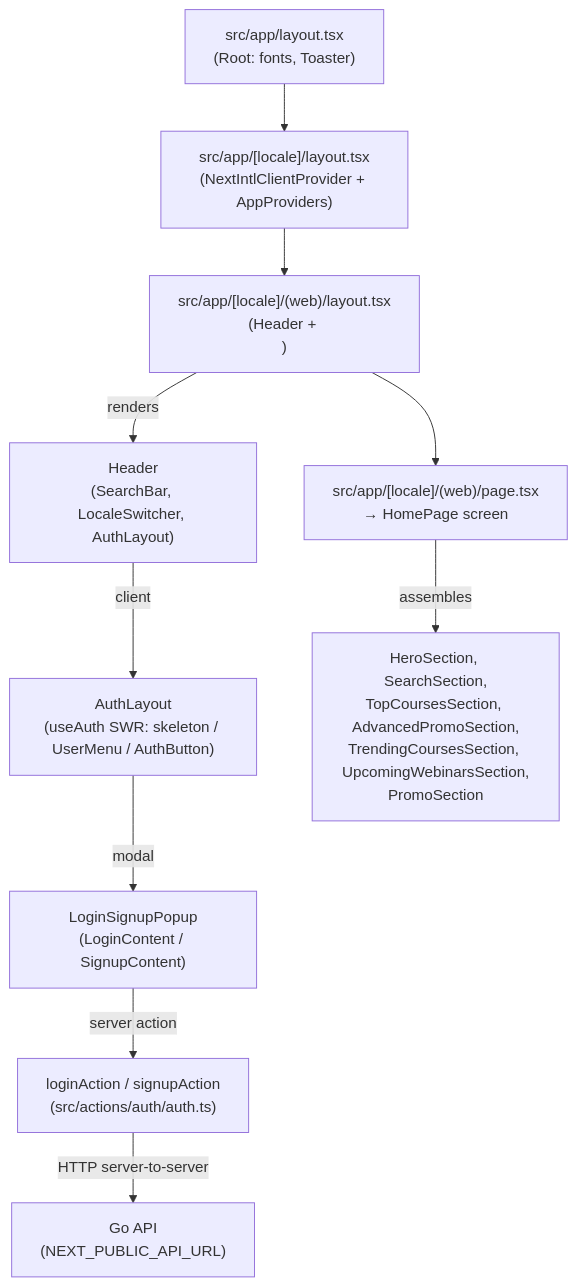
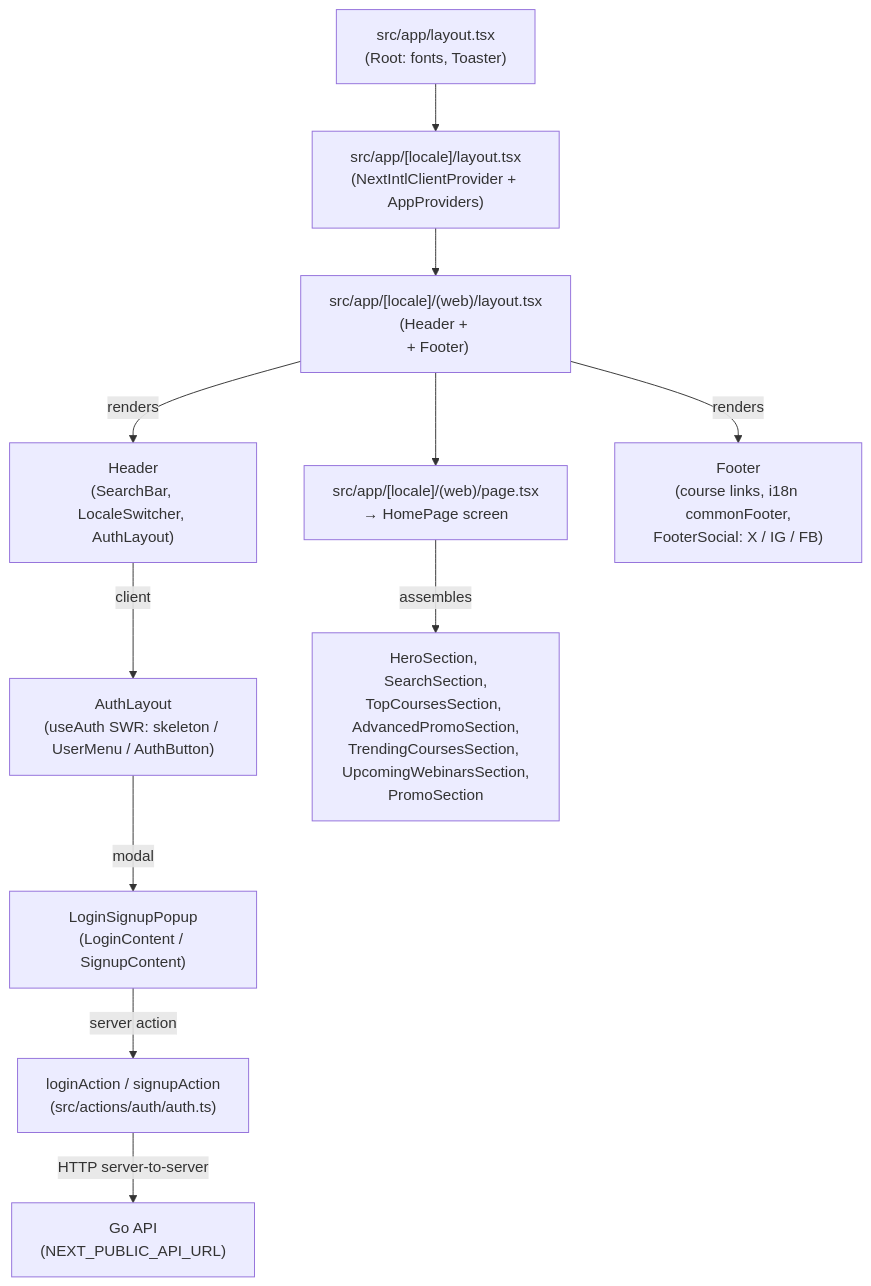
Before and after one commit to lkienkle11/fe-mycourse: the diagram in docs/architecture.md, drawn with Mermaid. The commit also changed other lines of this file and 4 other files, not shown here.

````diff
--- a/docs/architecture.md
+++ b/docs/architecture.md
@@ -59,17 +59,18 @@
 ```mermaid
 flowchart TB
   RL["src/app/layout.tsx\n(Root: fonts, Toaster)"]
   LL["src/app/[locale]/layout.tsx\n(NextIntlClientProvider + AppProviders)"]
-  WL["src/app/[locale]/(web)/layout.tsx\n(Header + <main>)"]
+  WL["src/app/[locale]/(web)/layout.tsx\n(Header + <main> + Footer)"]
   HP["src/app/[locale]/(web)/page.tsx\n→ HomePage screen"]
 
   RL --> LL --> WL --> HP
 
   WL -->|renders| Header["Header\n(SearchBar, LocaleSwitcher, AuthLayout)"]
+  WL -->|renders| Footer["Footer\n(course links, i18n commonFooter,\nFooterSocial: X / IG / FB)"]
   Header -->|client| AuthLayout["AuthLayout\n(useAuth SWR: skeleton / UserMenu / AuthButton)"]
   AuthLayout -->|modal| LoginSignupPopup["LoginSignupPopup\n(LoginContent / SignupContent)"]
   LoginSignupPopup -->|server action| SA["loginAction / signupAction\n(src/actions/auth/auth.ts)"]
   SA -->|HTTP server-to-server| GoAPI["Go API\n(NEXT_PUBLIC_API_URL)"]
 
   HP -->|assembles| Sections["HeroSection, SearchSection,\nTopCoursesSection, AdvancedPromoSection,\nTrendingCoursesSection, UpcomingWebinarsSection,\nPromoSection"]
 ```
````
